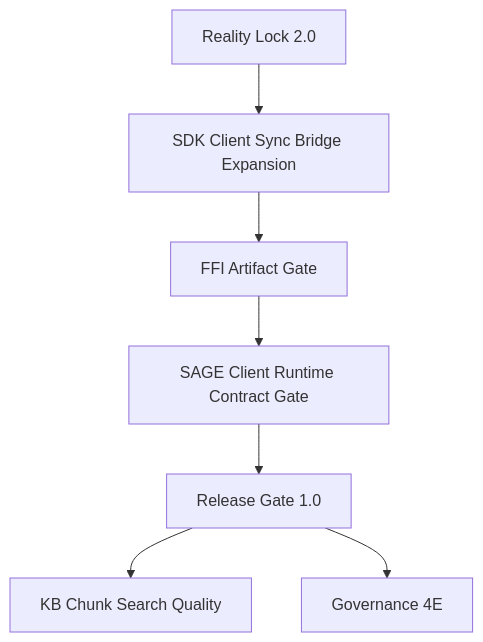
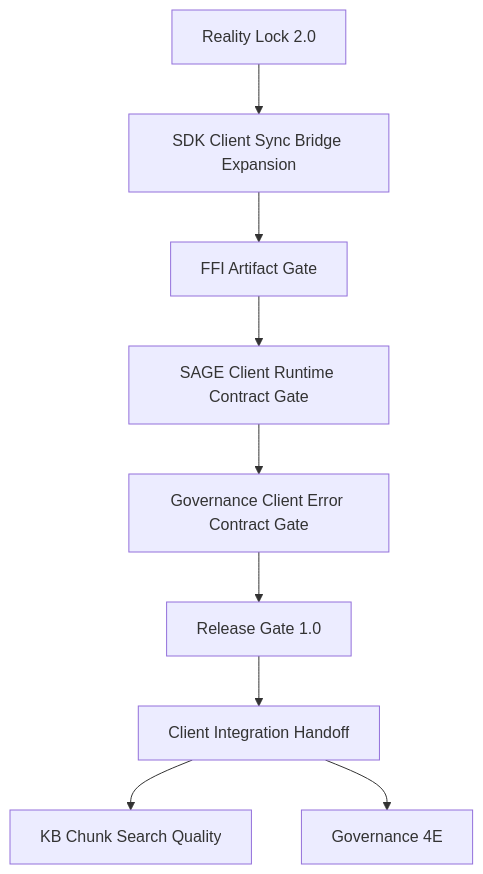
One commit to duanshiwen/agent-os-backend changed the diagram in docs/stage5a-client-ready-platform-slice.md. Above: the diagram before and after it, drawn with Mermaid. The commit also changed other lines of this file and 5 other files, not shown here.

First line of the commit message:
chore: add stage5a release evidence handoff

````diff
--- a/docs/stage5a-client-ready-platform-slice.md
+++ b/docs/stage5a-client-ready-platform-slice.md
@@ -211,9 +219,11 @@
 ```mermaid
 graph TD
     A[Reality Lock 2.0] --> B[SDK Client Sync Bridge Expansion]
     B --> C[FFI Artifact Gate]
     C --> D[SAGE Client Runtime Contract Gate]
-    D --> G[Release Gate 1.0]
-    G --> E[KB Chunk Search Quality]
-    G --> F[Governance 4E]
+    D --> H[Governance Client Error Contract Gate]
+    H --> G[Release Gate 1.0]
+    G --> I[Client Integration Handoff]
+    I --> E[KB Chunk Search Quality]
+    I --> F[Governance 4E]
 ```
````
